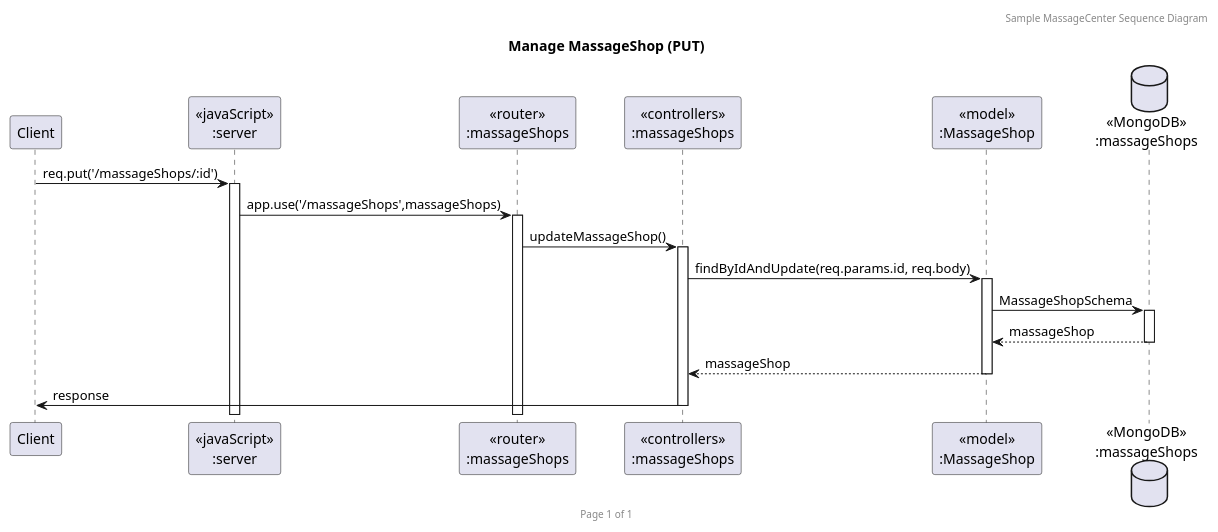
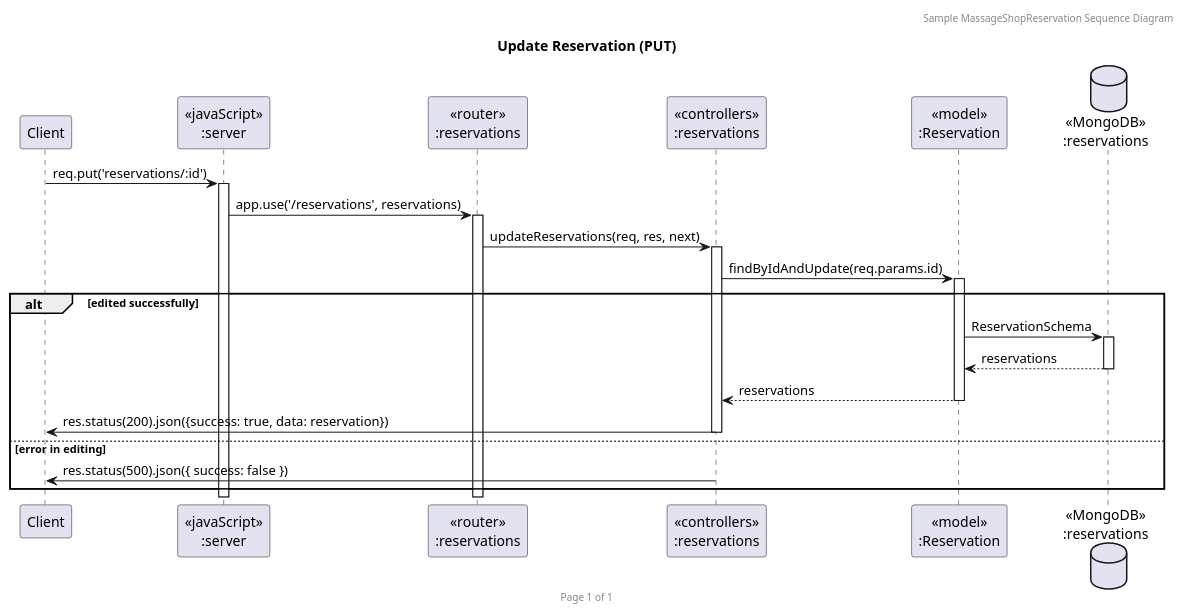
The diagram in sequence_diagram/put.puml (2110503TACEDT66/presentation-day-1-dale-mai-mi-chip), drawn with PlantUML before and after one commit. The commit also changed 4 other files, not shown here.

```diff
--- a/sequence_diagram/put.puml
+++ b/sequence_diagram/put.puml
@@ -1,23 +1,28 @@
-@startuml Manage MassageShop (PUT)
+@startuml Update Reservations (PUT)
 
-header Sample MassageCenter Sequence Diagram
+header Sample MassageShopReservation Sequence Diagram
 footer Page %page% of %lastpage%
-title "Manage MassageShop (PUT)"
+title "Update Reservation (PUT)"
 
 participant "Client" as client
 participant "<<javaScript>>\n:server" as server
-participant "<<router>>\n:massageShops" as routerMassageShops
-participant "<<controllers>>\n:massageShops" as controllersMassageShops
-participant "<<model>>\n:MassageShop" as modelMassageShop
-database "<<MongoDB>>\n:massageShops" as MassageShopsDatabase
+participant "<<router>>\n:reservations" as routerReservation
+participant "<<controllers>>\n:reservations" as controllersReservation
+participant "<<model>>\n:Reservation" as modelReservation
+database "<<MongoDB>>\n:reservations" as ReservationDatabase
 
-client->server ++:req.put('/massageShops/:id')
-server->routerMassageShops ++:app.use('/massageShops',massageShops)
-routerMassageShops -> controllersMassageShops ++:updateMassageShop()
-controllersMassageShops->modelMassageShop ++:findByIdAndUpdate(req.params.id, req.body)
-modelMassageShop ->MassageShopsDatabase ++: MassageShopSchema
-MassageShopsDatabase --> modelMassageShop --: massageShop
-controllersMassageShops <-- modelMassageShop --:massageShop
-controllersMassageShops->client --:response
 
+client->server ++:req.put('reservations/:id')
+server->routerReservation ++:app.use('/reservations', reservations)
+routerReservation -> controllersReservation ++: updateReservations(req, res, next)
+controllersReservation->modelReservation ++: findByIdAndUpdate(req.params.id)
+
+alt edited successfully
+ modelReservation->ReservationDatabase ++: ReservationSchema
+  ReservationDatabase --> modelReservation --: reservations
+  controllersReservation <-- modelReservation--: reservations
+  controllersReservation->client --: res.status(200).json({success: true, data: reservation})
+else error in editing
+  controllersReservation->client --: res.status(500).json({ success: false })
+end
 @enduml
```
